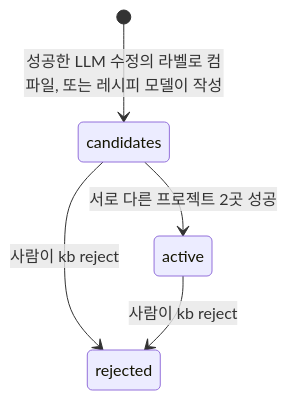
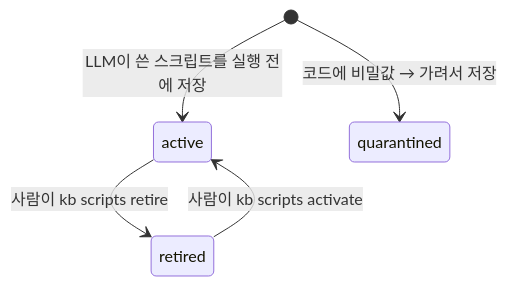
The seventh of 7 diagrams in docs/kb-map/kb-map.md (acandiatale/tutu), drawn with Mermaid before and after one commit. The commit also changed other lines of this file and 3 other files, not shown here.

````diff
--- a/docs/kb-map/kb-map.md
+++ b/docs/kb-map/kb-map.md
@@ -360,7 +409,7 @@
 ```mermaid
 stateDiagram-v2
-  [*] --> candidates : 성공한 LLM 수정의 라벨로 컴파일, 또는 레시피 모델이 작성
-  candidates --> active : 서로 다른 프로젝트 2곳 성공
-  candidates --> rejected : 사람이 kb reject
-  active --> rejected : 사람이 kb reject
+  [*] --> active : LLM이 쓴 스크립트를 실행 전에 저장
+  [*] --> quarantined : 코드에 비밀값 → 가려서 저장
+  active --> retired : 사람이 kb scripts retire
+  retired --> active : 사람이 kb scripts activate
 ```
````
